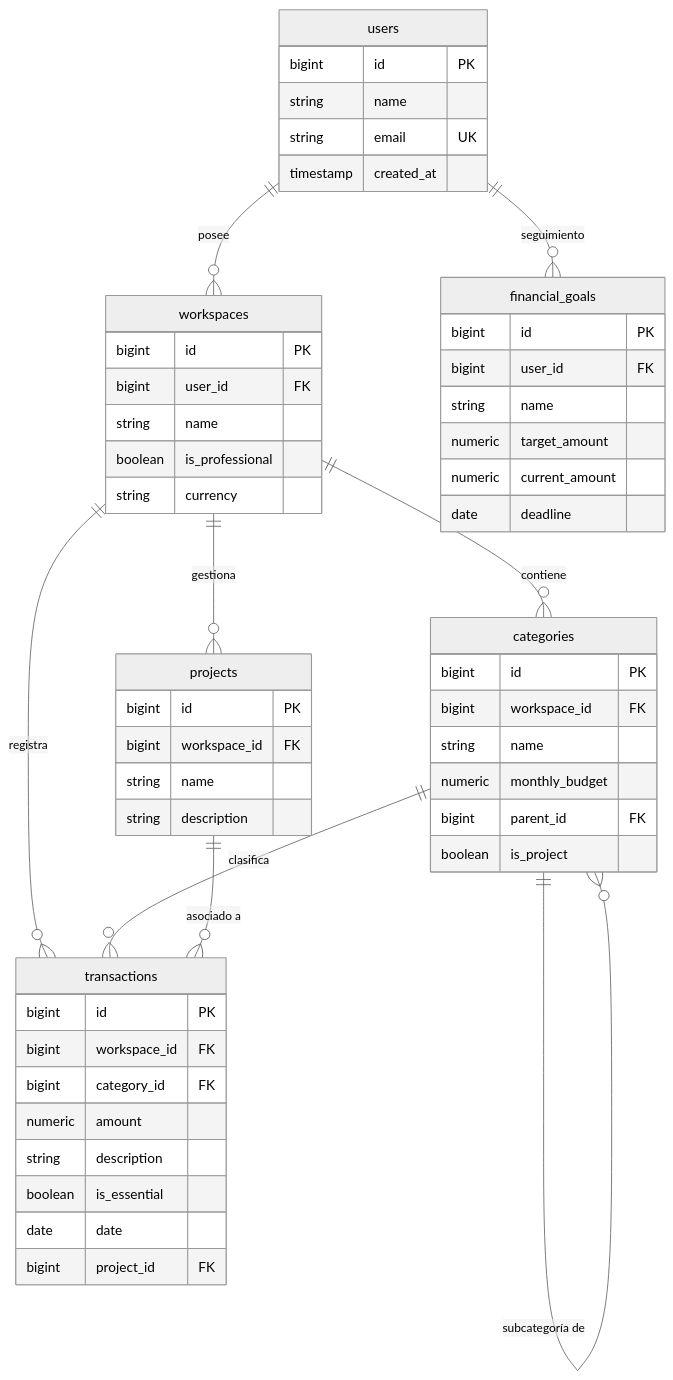
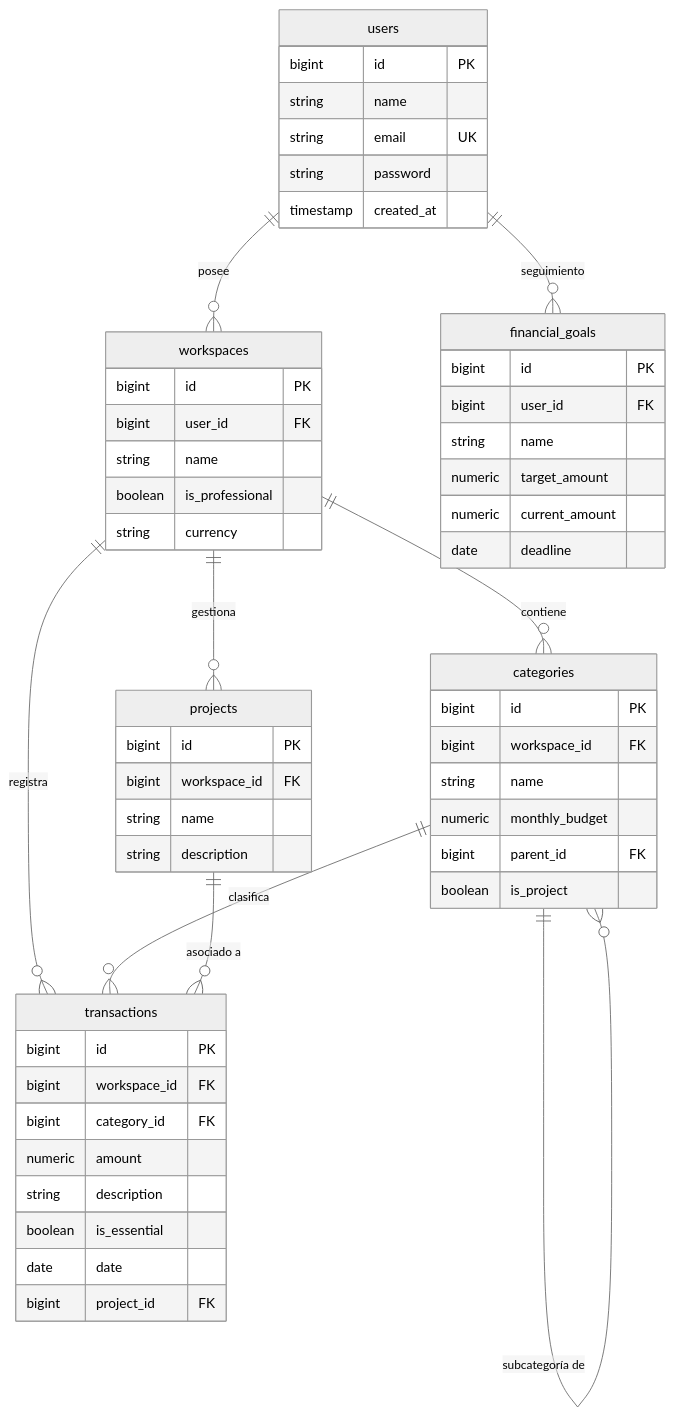
Before and after one commit to dferram/Apex-Finance: the diagram in README.md, drawn with Mermaid (neutral theme). The commit also changed other lines of this file, not shown here.

````diff
--- a/README.md
+++ b/README.md
@@ -51,62 +53,63 @@
 ```mermaid
 erDiagram
     users ||--o{ workspaces : "posee"
     users ||--o{ financial_goals : "seguimiento"
     workspaces ||--o{ categories : "contiene"
     workspaces ||--o{ projects : "gestiona"
     workspaces ||--o{ transactions : "registra"
     categories ||--o{ categories : "subcategoría de"
     categories ||--o{ transactions : "clasifica"
     projects ||--o{ transactions : "asociado a"
 
     users {
         bigint id PK
         string name
         string email UK
+        string password
         timestamp created_at
     }
 
     workspaces {
         bigint id PK
         bigint user_id FK
         string name
         boolean is_professional
         string currency
     }
 
     categories {
         bigint id PK
         bigint workspace_id FK
         string name
         numeric monthly_budget
         bigint parent_id FK
         boolean is_project
     }
 
     financial_goals {
         bigint id PK
         bigint user_id FK
         string name
         numeric target_amount
         numeric current_amount
         date deadline
     }
 
     projects {
         bigint id PK
         bigint workspace_id FK
         string name
         string description
     }
 
     transactions {
         bigint id PK
         bigint workspace_id FK
         bigint category_id FK
         numeric amount
         string description
         boolean is_essential
         date date
         bigint project_id FK
     }
 ```
````
